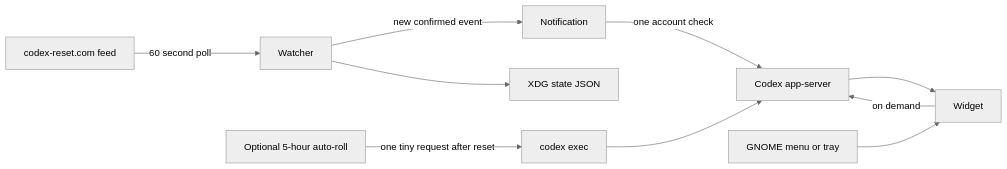
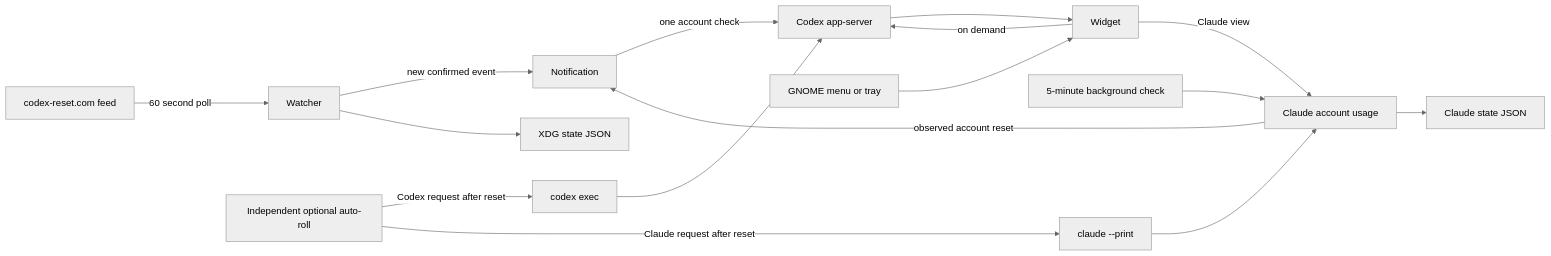
One commit to 1RV1NG-Y/codex-reset-widget changed the diagram in README.md. Above: the diagram before and after it, drawn with Mermaid (neutral theme). The commit also changed other lines of this file and 20 other files, not shown here.

First line of the commit message:
Add Claude usage view and independent auto-roll

````diff
--- a/README.md
+++ b/README.md
@@ -112,12 +180,18 @@
 ```mermaid
 flowchart LR
     Feed[codex-reset.com feed] -->|60 second poll| Watcher
     Watcher -->|new confirmed event| Notification
     Notification -->|one account check| AppServer[Codex app-server]
     Launcher[GNOME menu or tray] --> Widget
     Widget -->|on demand| AppServer
-    AutoRoll[Optional 5-hour auto-roll] -->|one tiny request after reset| CodexExec[codex exec]
+    Widget -->|Claude view| ClaudeUsage[Claude account usage]
+    ClaudePoll[5-minute background check] --> ClaudeUsage
+    ClaudeUsage -->|observed account reset| Notification
+    ClaudeUsage --> ClaudeState[Claude state JSON]
+    AutoRoll[Independent optional auto-roll] -->|Codex request after reset| CodexExec[codex exec]
+    AutoRoll -->|Claude request after reset| ClaudeExec[claude --print]
     CodexExec --> AppServer
+    ClaudeExec --> ClaudeUsage
     Watcher --> State[XDG state JSON]
     AppServer --> Widget
 ```
````
